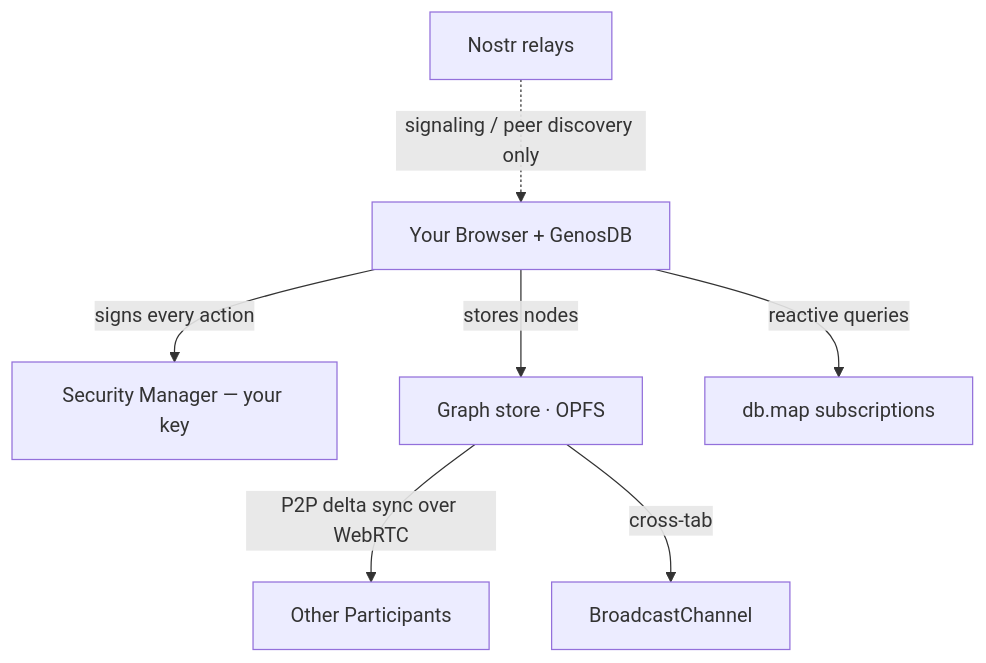
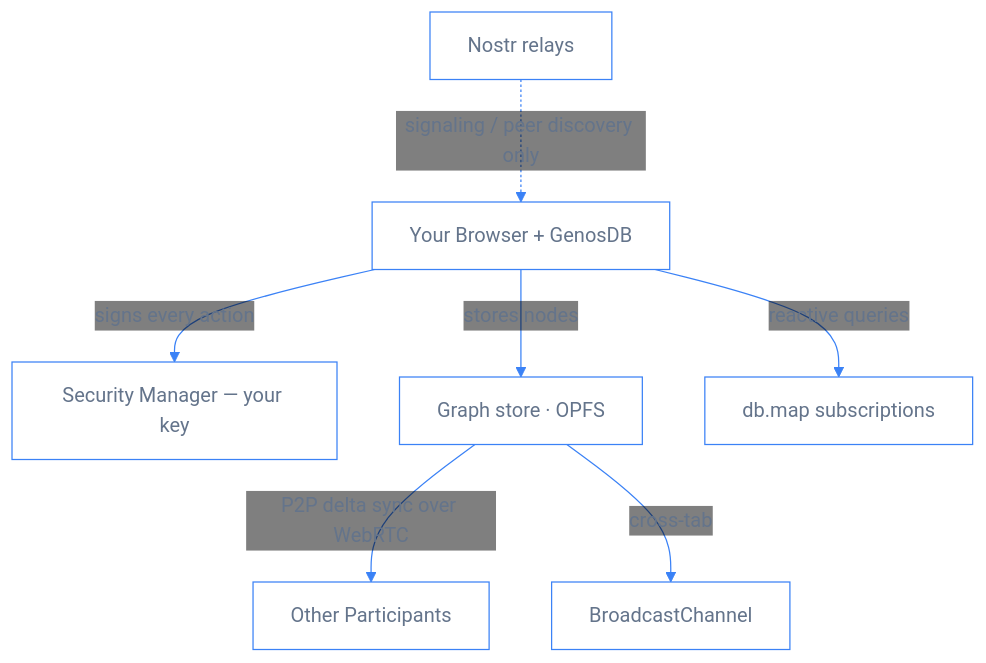
The diagram in README.md (estebanrfp/gdb), drawn with Mermaid before and after one commit.

Commit message:
docs(readme): minimalist transparent diagram (blue borders/lines via Mermaid themeVariables)
Applies a base-theme init to the How it works diagram: transparent node fill,
uniform #3b82f6 borders & connector lines, transparent edge-label backgrounds,
and dual-theme-safe #64748b node text (readable on GitHub light and dark).

````diff
--- a/README.md
+++ b/README.md
@@ -44,9 +44,10 @@
 ```mermaid
+%%{init: {'theme':'base', 'themeVariables': {'primaryColor':'transparent','primaryBorderColor':'#3b82f6','primaryTextColor':'#64748b','lineColor':'#3b82f6','edgeLabelBackground':'transparent','fontFamily':'Inter, ui-sans-serif, sans-serif'}}}%%
 graph TD
     A["Your Browser + GenosDB"] -->|signs every action| B["Security Manager — your key"]
     A -->|stores nodes| C["Graph store · OPFS"]
     A -->|reactive queries| D["db.map subscriptions"]
     C -->|P2P delta sync over WebRTC| E["Other Participants"]
     C -->|cross-tab| F["BroadcastChannel"]
     G["Nostr relays"] -.->|signaling / peer discovery only| A
 ```
````
